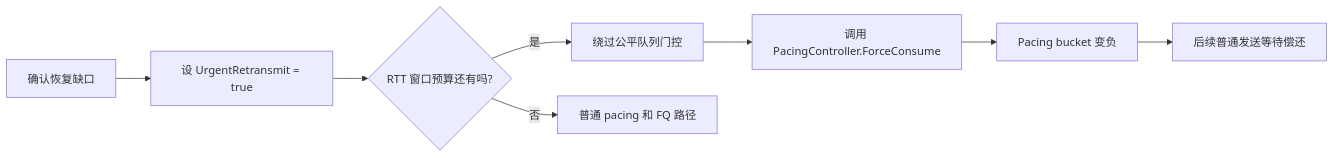
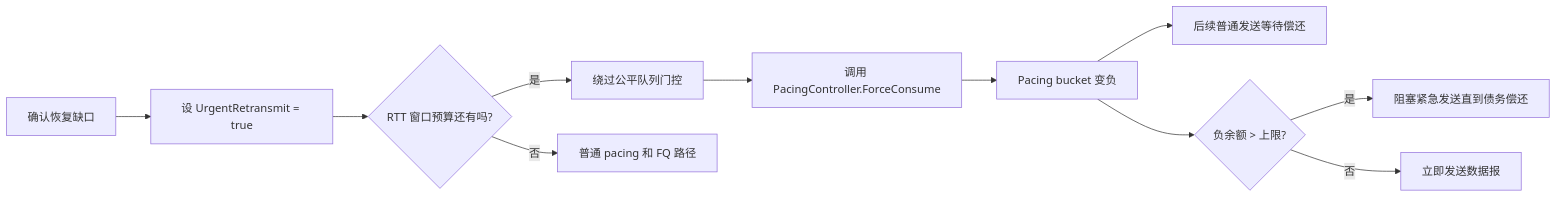
The seventh of 7 diagrams in docs/protocol_CN.md (liulilittle/ucp), drawn with Mermaid before and after one commit. The commit also changed other lines of this file and 17 other files, not shown here.

````diff
--- a/docs/protocol_CN.md
+++ b/docs/protocol_CN.md
@@ -221,10 +311,14 @@
 ```mermaid
 flowchart LR
     Gap[确认恢复缺口] --> Mark[设 UrgentRetransmit = true]
     Mark --> Budget{RTT 窗口预算还有吗?}
     Budget -->|是| Bypass[绕过公平队列门控]
     Bypass --> Force[调用 PacingController.ForceConsume]
     Force --> Debt[Pacing bucket 变负]
     Debt --> Repay[后续普通发送等待偿还]
     Budget -->|否| Normal[普通 pacing 和 FQ 路径]
+
+    Debt --> Cap{负余额 > 上限?}
+    Cap -->|是| Block[阻塞紧急发送直到债务偿还]
+    Cap -->|否| Send[立即发送数据报]
 ```
````
